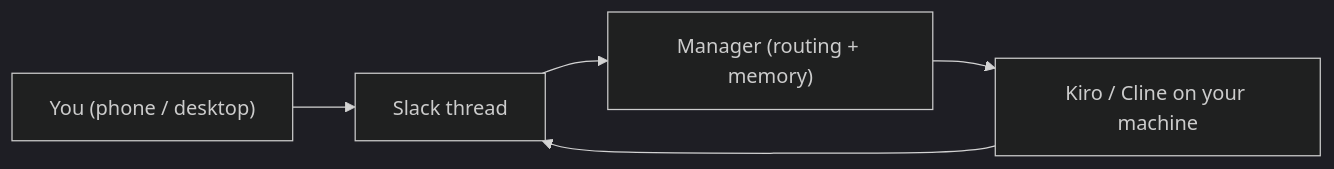
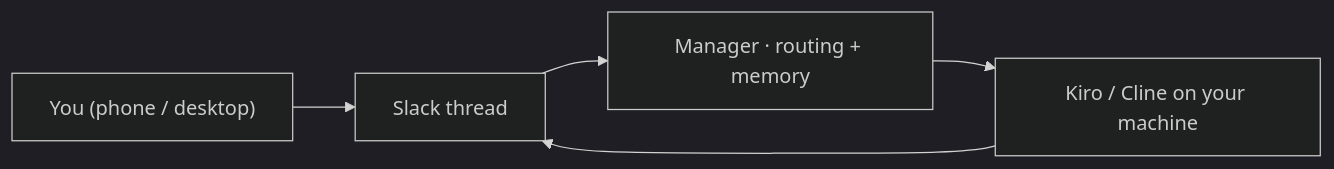
One commit to rupeshcash/cli-controller changed the diagram in README.md. Above: the diagram before and after it, drawn with Mermaid (dark theme). The commit also changed other lines of this file and 6 other files, not shown here.

````diff
--- a/README.md
+++ b/README.md
@@ -5,7 +5,7 @@
 ```mermaid
 flowchart LR
     A["You (phone / desktop)"] --> B["Slack thread"]
-    B --> C["Manager (routing + memory)"]
+    B --> C["Manager · routing + memory"]
     C --> D["Kiro / Cline on your machine"]
     D --> B
 ```
````
